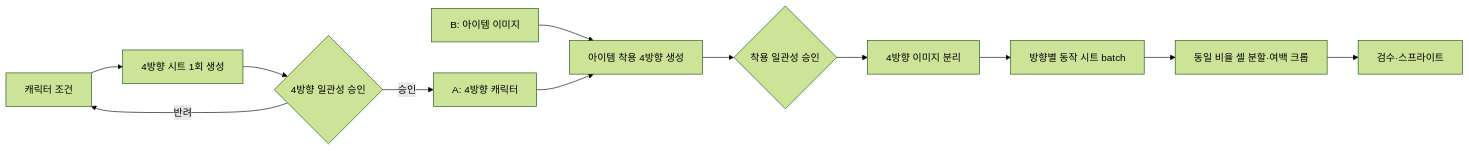
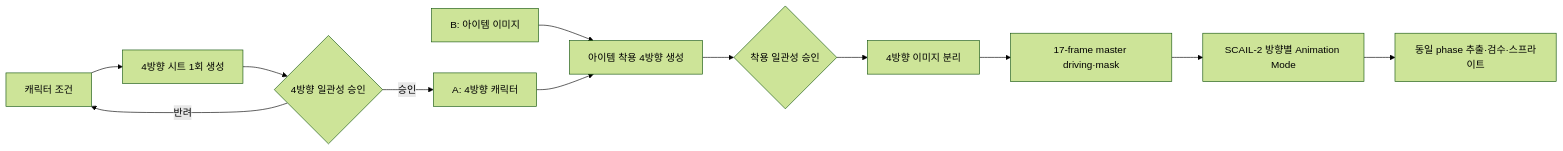
Before and after one commit to yyeongjin/2d-assets-generator: the diagram in docs/PRODUCT_PLAN.md, drawn with Mermaid (forest theme). The commit also changed other lines of this file and 2 other files, not shown here.

Commit message:
document SCAIL-2 walk-cycle strategy

````diff
--- a/docs/PRODUCT_PLAN.md
+++ b/docs/PRODUCT_PLAN.md
@@ -9,14 +9,14 @@
 ```mermaid
 flowchart LR
     A["캐릭터 조건"] --> B["4방향 시트 1회 생성"]
     B --> C{"4방향 일관성 승인"}
     C -->|"반려"| A
     C -->|"승인"| D["A: 4방향 캐릭터"]
     E["B: 아이템 이미지"] --> F["아이템 착용 4방향 생성"]
     D --> F
     F --> G{"착용 일관성 승인"}
     G --> H["4방향 이미지 분리"]
-    H --> I["방향별 동작 시트 batch"]
-    I --> J["동일 비율 셀 분할·여백 크롭"]
-    J --> K["검수·스프라이트"]
+    H --> I["17-frame master driving·mask"]
+    I --> J["SCAIL-2 방향별 Animation Mode"]
+    J --> K["동일 phase 추출·검수·스프라이트"]
 ```
````
